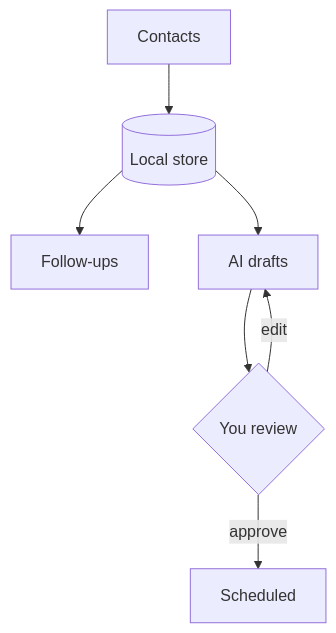
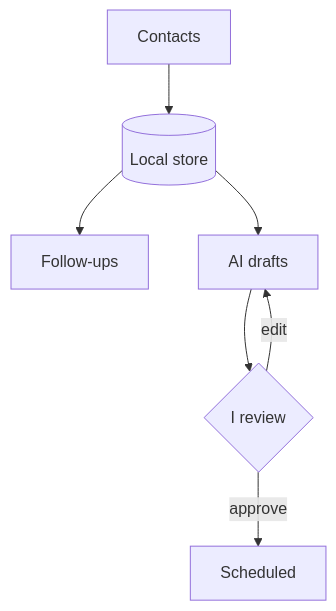
The diagram in README.md (Mohanad1st/network-intelligence-showcase), drawn with Mermaid before and after one commit. The commit also changed other lines of this file, not shown here.

````diff
--- a/README.md
+++ b/README.md
@@ -25,11 +23,11 @@
 ```mermaid
 flowchart TD
   accTitle: How Network Intelligence handles contacts and content
-  accDescr: Contacts from LinkedIn, X and email go into a local store, which feeds follow-ups and AI-assisted drafts; you review every draft, and only approved ones are scheduled.
+  accDescr: Contacts from LinkedIn, X and email go into a local store, which feeds follow-ups and AI-assisted drafts; every draft is reviewed, and only approved ones are scheduled.
   A[Contacts] --> B[(Local store)]
   B --> C[Follow-ups]
   B --> D[AI drafts]
-  D --> E{You review}
+  D --> E{I review}
   E -- approve --> F[Scheduled]
   E -- edit --> D
 ```
````
